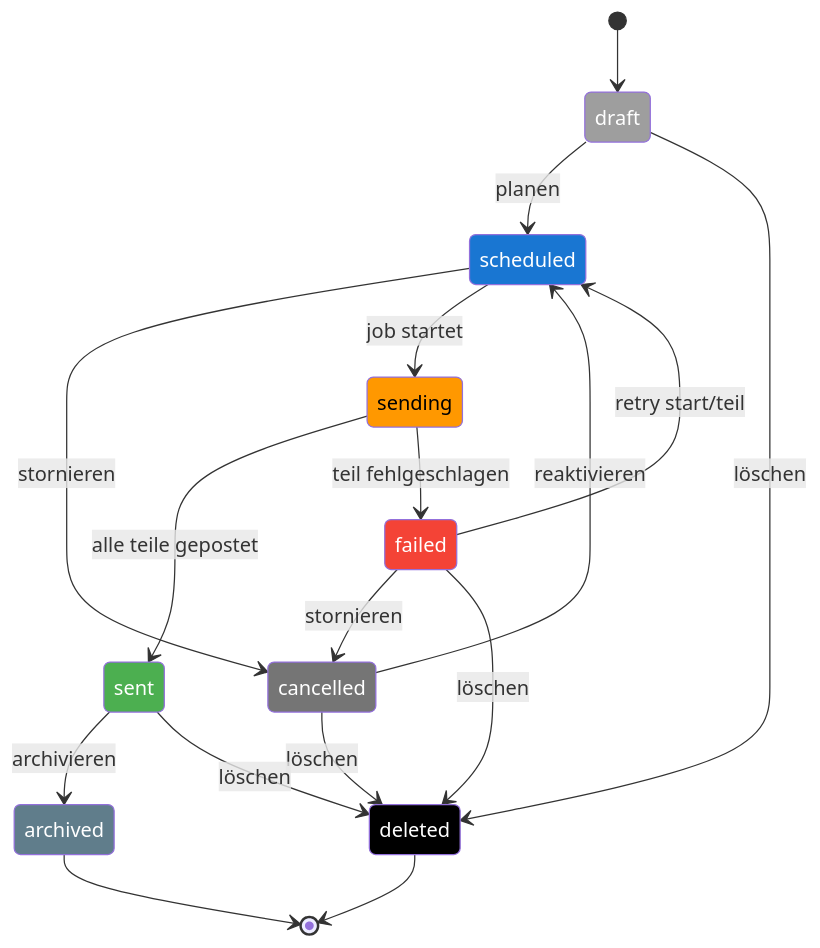
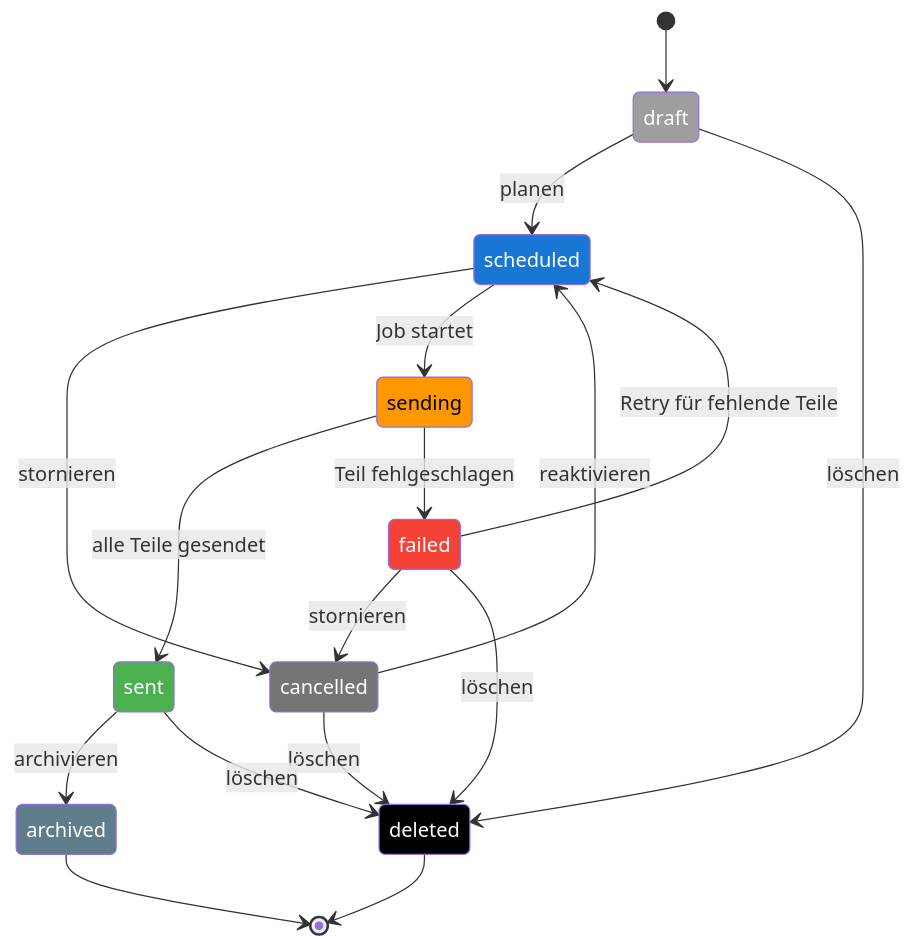
One commit to mkueper/BSky-Kampagnen-Bot changed the diagram in docs/diagramme/lebenszyklus_thread.md. Above: the diagram before and after it, drawn with Mermaid. The commit also changed other lines of this file and 14 other files, not shown here.

````diff
--- a/docs/diagramme/lebenszyklus_thread.md
+++ b/docs/diagramme/lebenszyklus_thread.md
@@ -12,44 +5,44 @@
 ```mermaid
 stateDiagram-v2
   state "draft" as draft_state
   state "scheduled" as scheduled_state
   state "sending" as sending_state
   state "sent" as sent_state
   state "failed" as failed_state
   state "cancelled" as cancelled_state
   state "archived" as archived_state
   state "deleted" as deleted_state
 
   style draft_state fill:#9e9e9e,color:#fff
   style scheduled_state fill:#1976d2,color:#fff
   style sending_state fill:#ff9800,color:#000
   style sent_state fill:#4caf50,color:#fff
   style failed_state fill:#f44336,color:#fff
   style cancelled_state fill:#757575,color:#fff
   style archived_state fill:#607d8b,color:#fff
   style deleted_state fill:#000000,color:#fff
 
   [*] --> draft_state
 
   draft_state --> scheduled_state: planen
   draft_state --> deleted_state: löschen
 
   scheduled_state --> cancelled_state: stornieren
-  scheduled_state --> sending_state: job startet
+  scheduled_state --> sending_state: Job startet
 
-  sending_state --> sent_state: alle teile gepostet
-  sending_state --> failed_state: teil fehlgeschlagen
+  sending_state --> sent_state: alle Teile gesendet
+  sending_state --> failed_state: Teil fehlgeschlagen
 
-  failed_state --> scheduled_state: retry start/teil
+  failed_state --> scheduled_state: Retry für fehlende Teile
   failed_state --> cancelled_state: stornieren
   failed_state --> deleted_state: löschen
 
   cancelled_state --> scheduled_state: reaktivieren
   cancelled_state --> deleted_state: löschen
 
   sent_state --> archived_state: archivieren
   sent_state --> deleted_state: löschen
 
   deleted_state --> [*]
   archived_state --> [*]
 ```
````
